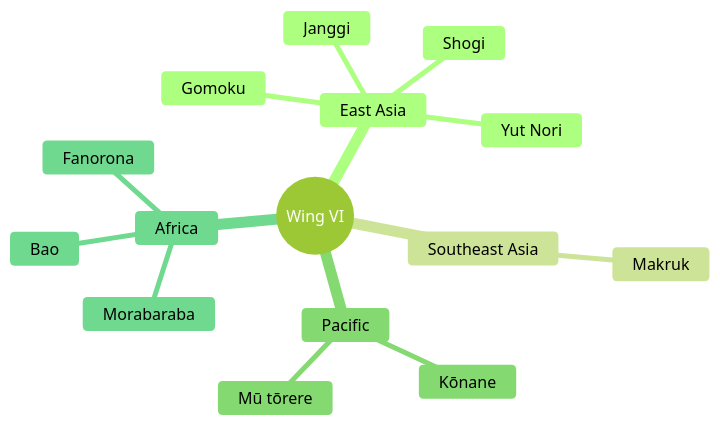
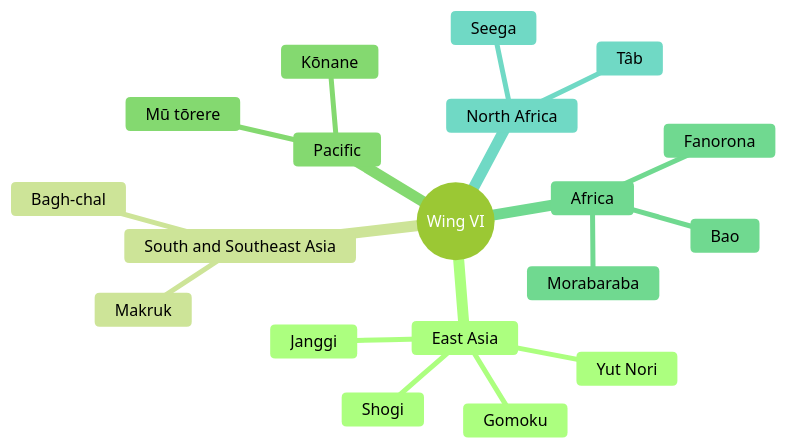
One commit to CptNope/Librarium-Archives changed the eighth of 8 diagrams in docs/exhibits.md. Above: the diagram before and after it, drawn with Mermaid (forest theme). The commit also changed other lines of this file and 15 other files, not shown here.

First line of the commit message:
Add Seega, Tâb, Bagh-chal and Four Seasons chess (work in progress)

````diff
--- a/docs/exhibits.md
+++ b/docs/exhibits.md
@@ -204,18 +207,22 @@
 ```mermaid
 mindmap
   root((Wing VI))
     East Asia
       Shogi
       Gomoku
       Yut Nori
       Janggi
-    Southeast Asia
+    South and Southeast Asia
       Makruk
+      Bagh-chal
     Pacific
       Mū tōrere
       Kōnane
     Africa
       Fanorona
       Bao
       Morabaraba
+    North Africa
+      Seega
+      Tâb
 ```
````
